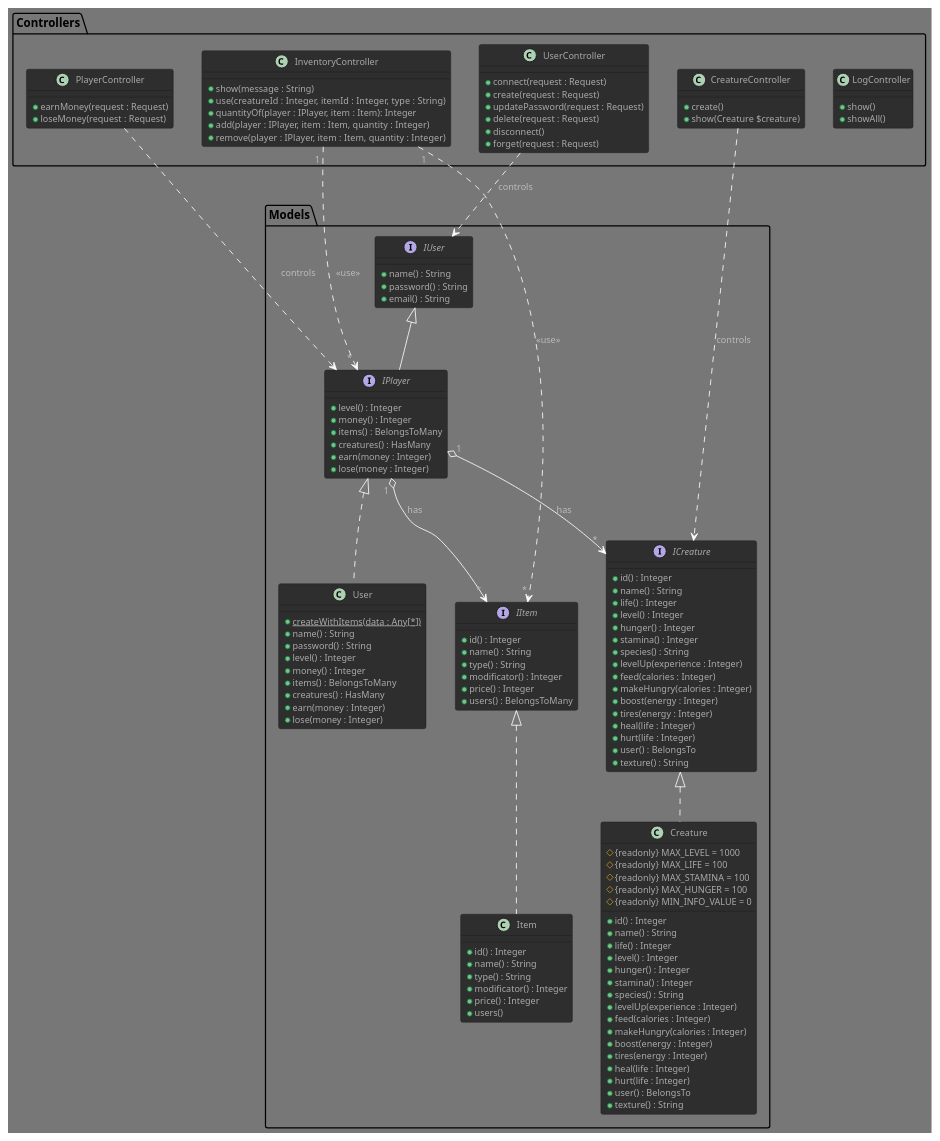
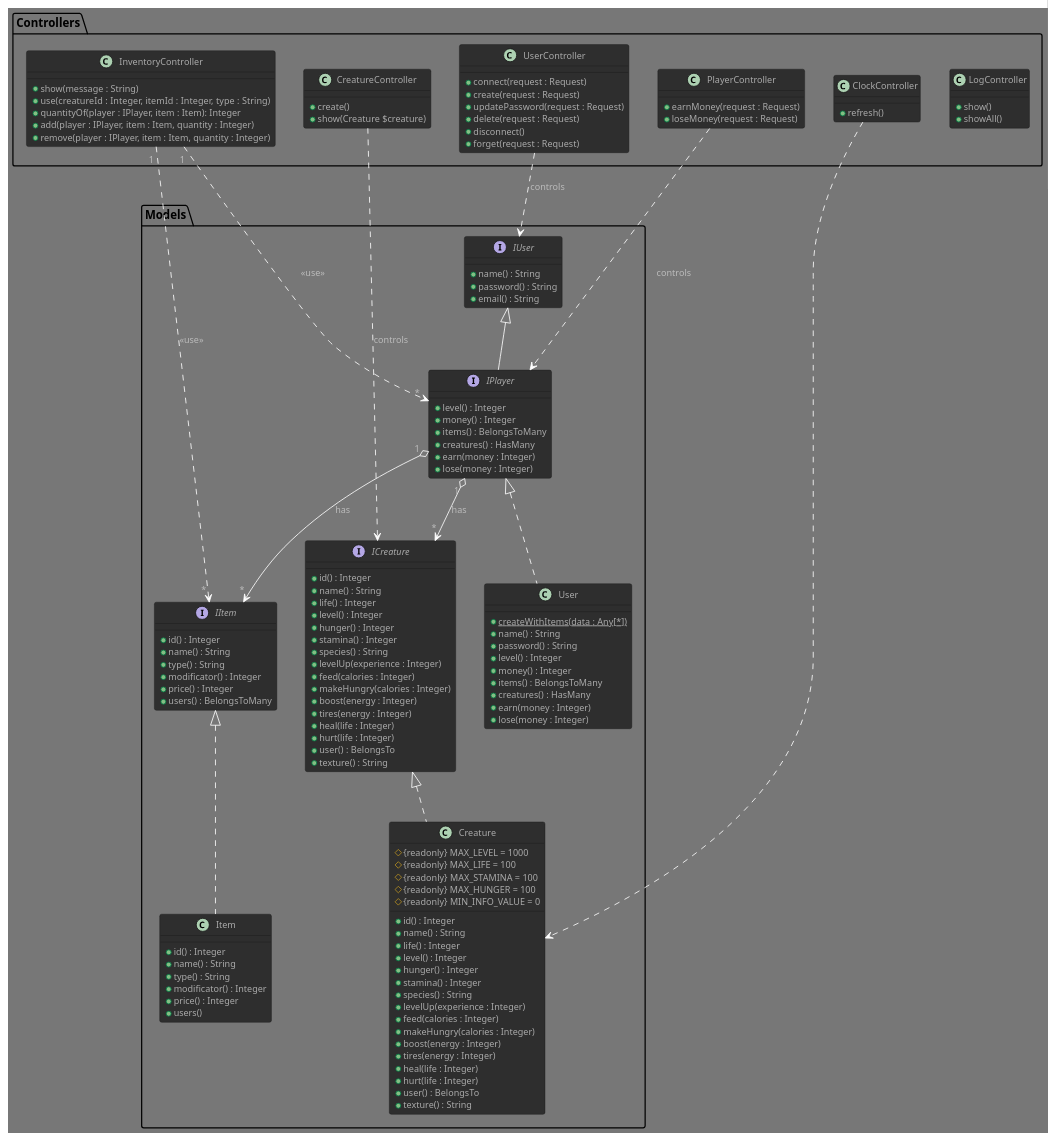
The diagram in VirtualNoe.puml (GlazKrovi/VirtualNoe), drawn with PlantUML before and after one commit. The commit also changed 3 other files, not shown here.

```diff
--- a/VirtualNoe.puml
+++ b/VirtualNoe.puml
@@ -1,146 +1,151 @@
 @startuml VirtualNoe
 
 !theme reddress-darkgreen
 
 package Models
 {
     interface IUser {
         + name() : String
         + password() : String
         + email() : String
     }
 
     interface IPlayer extends IUser
     {
         + level() : Integer /' sum of his creatures' exp '/
         + money() : Integer
         + items() : BelongsToMany
         + creatures() : HasMany
         + earn(money : Integer)
         + lose(money : Integer)
     }
     IPlayer" 1 " o--> " * "IItem : has
     IPlayer" 1 " o--> " * "ICreature : has
 
     class User implements IPlayer
     {
         + {static} createWithItems(data : Any[*])
         + name() : String
         + password() : String
         + level() : Integer
         + money() : Integer
         + items() : BelongsToMany
         + creatures() : HasMany
         + earn(money : Integer)
         + lose(money : Integer)
     }
 
     interface IItem
     {
         + id() : Integer
         + name() : String
         + type() : String
         + modificator() : Integer   
         + price() : Integer
         + users() : BelongsToMany /' get owners '/
     }
 
     class Item implements IItem
     {
         + id() : Integer
         + name() : String
         + type() : String
         + modificator() : Integer   
         + price() : Integer
         + users()
     }
 
     interface ICreature
     {
         + id() : Integer
         + name() : String
         + life() : Integer
         + level() : Integer
         + hunger() : Integer
         + stamina() : Integer
         + species() : String
         + levelUp(experience : Integer)
         + feed(calories : Integer) 
         + makeHungry(calories : Integer) 
         + boost(energy : Integer) 
         + tires(energy : Integer) 
         + heal(life : Integer) 
         + hurt(life : Integer) 
         + user() : BelongsTo
         + texture() : String
     }
 
     class Creature implements ICreature
     {
         # {readonly} MAX_LEVEL = 1000
         # {readonly} MAX_LIFE = 100
         # {readonly} MAX_STAMINA = 100
         # {readonly} MAX_HUNGER = 100
         # {readonly} MIN_INFO_VALUE = 0
         + id() : Integer
         + name() : String
         + life() : Integer
         + level() : Integer
         + hunger() : Integer
         + stamina() : Integer
         + species() : String
         + levelUp(experience : Integer)
         + feed(calories : Integer) 
         + makeHungry(calories : Integer) 
         + boost(energy : Integer) 
         + tires(energy : Integer) 
         + heal(life : Integer) 
         + hurt(life : Integer) 
         + user() : BelongsTo
         + texture() : String
     }
 }
 
 package Controllers
 {
     class LogController
     {
         +  show()
         +  showAll()
     }
 
     class InventoryController   /' use IPlayer '/
     {
         + show(message : String)
         + use(creatureId : Integer, itemId : Integer, type : String)
         + quantityOf(player : IPlayer, item : Item): Integer
         + add(player : IPlayer, item : Item, quantity : Integer)
         + remove(player : IPlayer, item : Item, quantity : Integer)
     }
     InventoryController" 1 " ..> " * "IPlayer : <<use>>
     InventoryController" 1 " ..> " * "IItem : <<use>>
 
     class UserController {
         + connect(request : Request)
         + create(request : Request)
         + updatePassword(request : Request)
         + delete(request : Request)
         + disconnect()
         + forget(request : Request)
     }
     UserController ..> IUser : controls
 
     class PlayerController {
         + earnMoney(request : Request)
         + loseMoney(request : Request)
     }
     PlayerController ..> IPlayer : controls
 
     class CreatureController {
         + create()
         + show(Creature $creature)
     }
     CreatureController ..> ICreature : controls
+
+    class ClockController{
+        + refresh()
+    }
+    ClockController ..> Creature
 }
 
 @enduml
```
